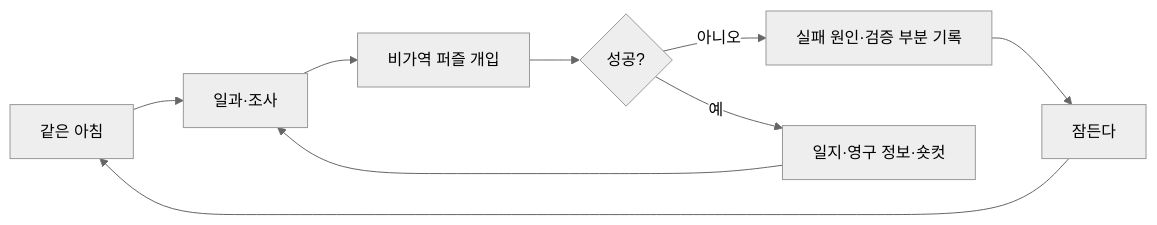
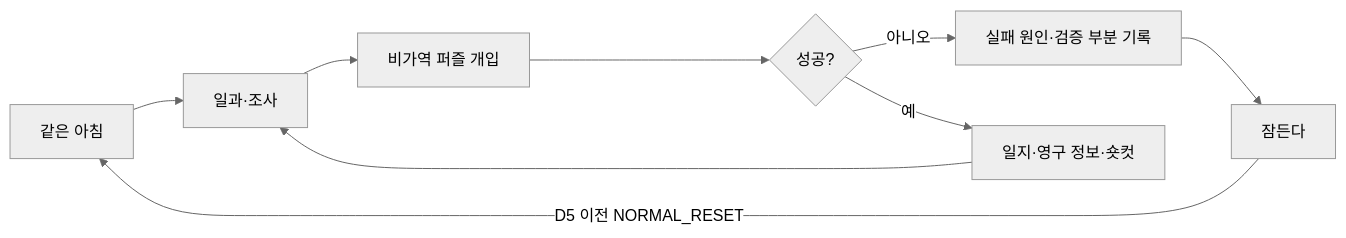
One commit to devb-eru/ggb changed the diagram in ideas/md/v04/18_GGB_게임기획서_v0.4_통합본.md. Above: the diagram before and after it, drawn with Mermaid (neutral theme). The commit also changed other lines of this file and 19 other files, not shown here.

````diff
--- a/ideas/md/v04/18_GGB_게임기획서_v0.4_통합본.md
+++ b/ideas/md/v04/18_GGB_게임기획서_v0.4_통합본.md
@@ -80,11 +80,11 @@
 ```mermaid
 flowchart LR
     W["같은 아침"] --> D["일과·조사"]
     D --> P["비가역 퍼즐 개입"]
     P --> K{"성공?"}
     K -- "아니오" --> N["실패 원인·검증 부분 기록"]
     N --> S["잠든다"]
-    S --> W
+    S -- "D5 이전 NORMAL_RESET" --> W
     K -- "예" --> J["일지·영구 정보·숏컷"]
     J --> D
 ```
````
